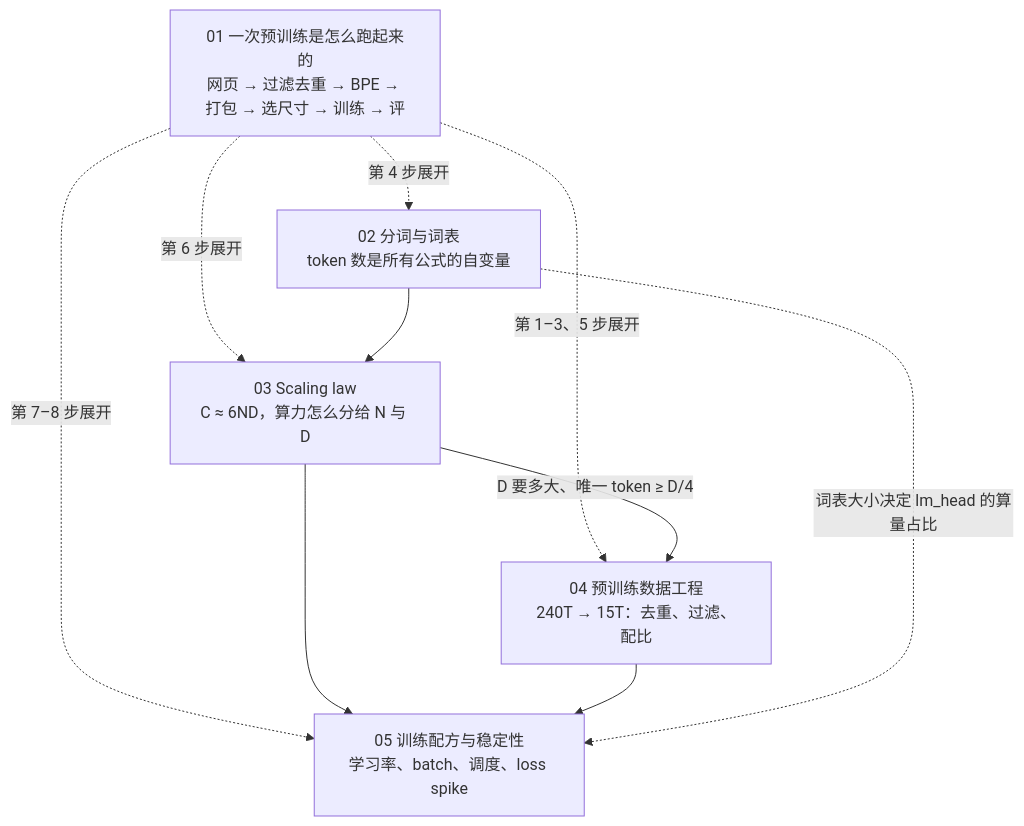
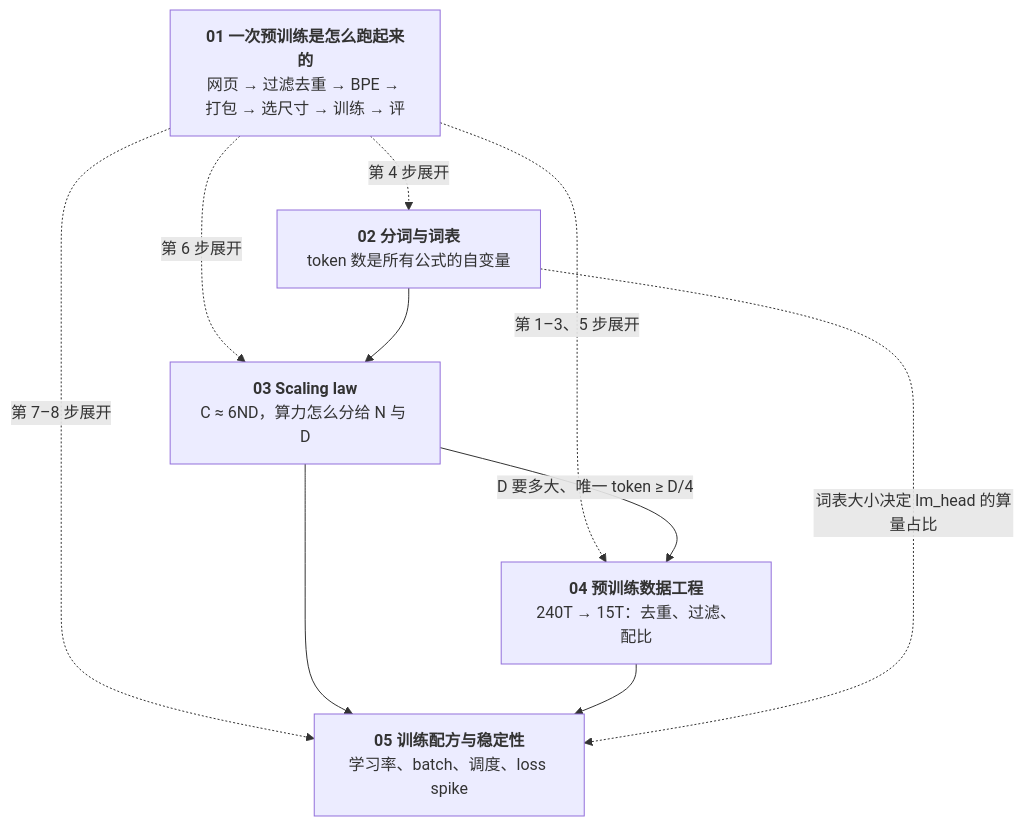
One commit to arganzheng/arganzheng.github.com changed the diagram in _posts/2026-04-13-pretraining-series-recap-and-self-test.md. Above: the diagram before and after it, drawn with Mermaid. The commit also changed 5 other files, not shown here.

First line of the commit message:
预训练：从 tokenizer 到训练配方：Mermaid 多行方框的首行标为标题（6 篇）

````diff
--- a/_posts/2026-04-13-pretraining-series-recap-and-self-test.md
+++ b/_posts/2026-04-13-pretraining-series-recap-and-self-test.md
@@ -19,15 +19,15 @@
 ```mermaid
 %%{init: {"flowchart": {"wrappingWidth": 210}}}%%
 %% 图：预训练系列全景：01 端到端实跑是活的目录，02–05 各展开流水线的一步：tokenizer → scaling law → 数据 → 配方
 flowchart TB
-    T0["01 一次预训练是怎么跑起来的<br/>网页 → 过滤去重 → BPE → 打包 → 选尺寸 → 训练 → 评"]
-    T0 -. "第 4 步展开" .-> T1["02 分词与词表<br/>token 数是所有公式的自变量"]
+    T0["<b>01 一次预训练是怎么跑起来的</b><br/>网页 → 过滤去重 → BPE → 打包 → 选尺寸 → 训练 → 评"]
+    T0 -. "第 4 步展开" .-> T1["<b>02 分词与词表</b><br/>token 数是所有公式的自变量"]
     T0 -. "第 6 步展开" .-> T2
     T0 -. "第 1–3、5 步展开" .-> T3
     T0 -. "第 7–8 步展开" .-> T4
-    T1 --> T2["03 Scaling law<br/>C ≈ 6ND，算力怎么分给 N 与 D"]
-    T2 -- "D 要多大、唯一 token ≥ D/4" --> T3["04 预训练数据工程<br/>240T → 15T：去重、过滤、配比"]
-    T2 & T3 --> T4["05 训练配方与稳定性<br/>学习率、batch、调度、loss spike"]
+    T1 --> T2["<b>03 Scaling law</b><br/>C ≈ 6ND，算力怎么分给 N 与 D"]
+    T2 -- "D 要多大、唯一 token ≥ D/4" --> T3["<b>04 预训练数据工程</b><br/>240T → 15T：去重、过滤、配比"]
+    T2 & T3 --> T4["<b>05 训练配方与稳定性</b><br/>学习率、batch、调度、loss spike"]
     T1 -. "词表大小决定 lm_head 的算量占比" .-> T4
 
 ```
````
